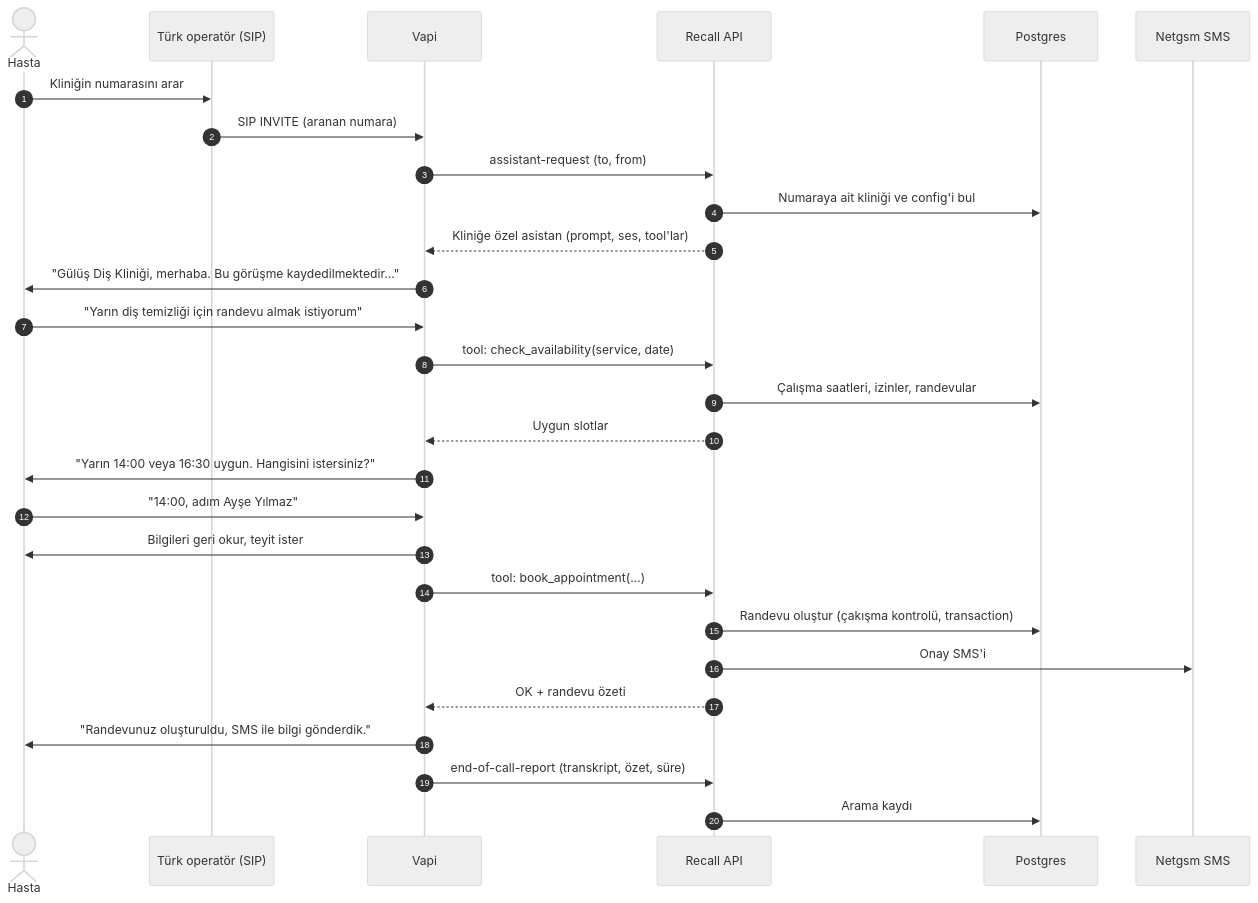
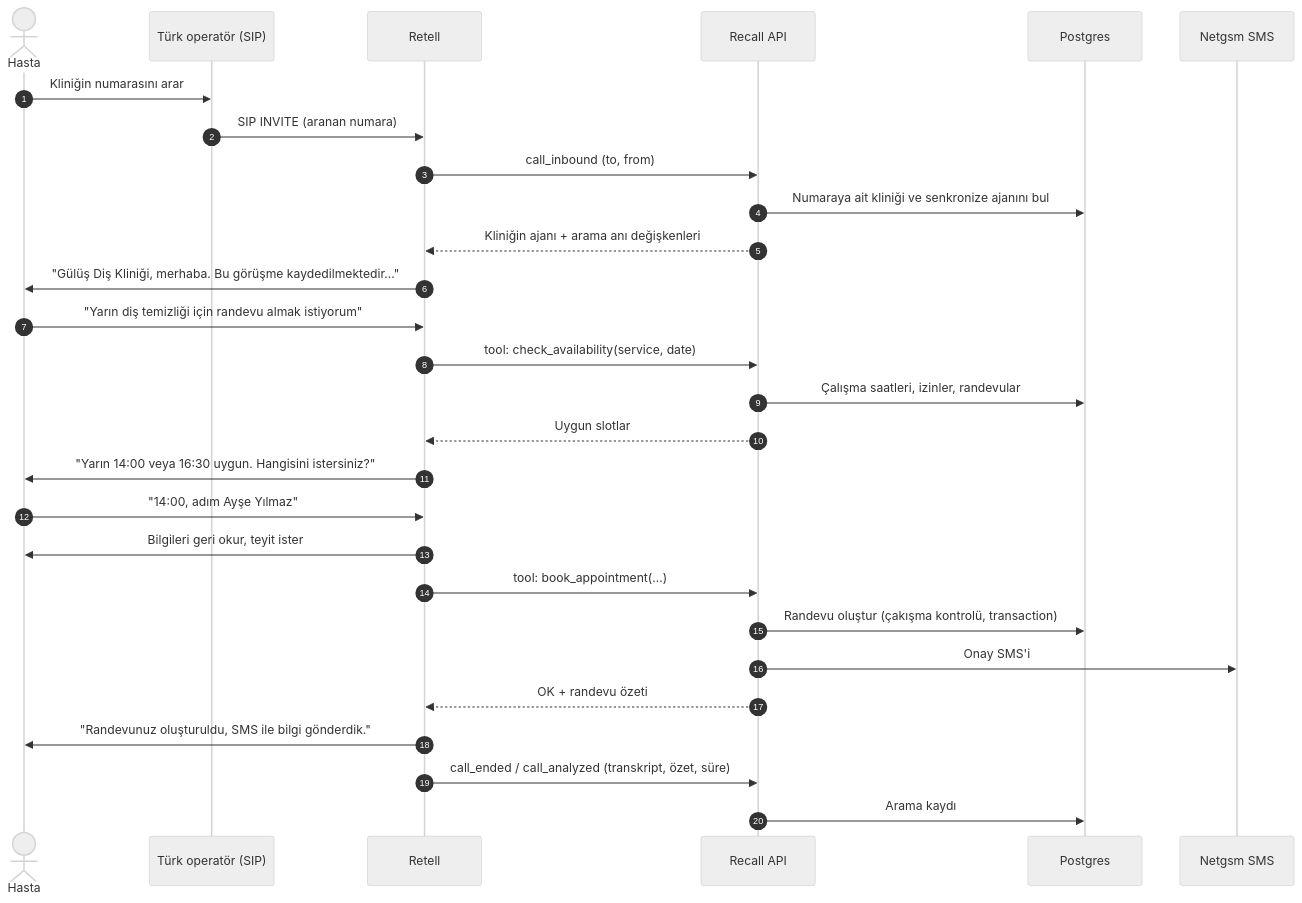
One commit to Recallapp1/recall changed the diagram in docs/00-product/USER-FLOWS.md. Above: the diagram before and after it, drawn with Mermaid (neutral theme). The commit also changed 30 other files, not shown here.

````diff
--- a/docs/00-product/USER-FLOWS.md
+++ b/docs/00-product/USER-FLOWS.md
@@ -5,31 +5,31 @@
 ```mermaid
 sequenceDiagram
     autonumber
     actor H as Hasta
     participant T as Türk operatör (SIP)
-    participant V as Vapi
+    participant V as Retell
     participant R as Recall API
     participant DB as Postgres
     participant S as Netgsm SMS
 
     H->>T: Kliniğin numarasını arar
     T->>V: SIP INVITE (aranan numara)
-    V->>R: assistant-request (to, from)
-    R->>DB: Numaraya ait kliniği ve config'i bul
-    R-->>V: Kliniğe özel asistan (prompt, ses, tool'lar)
+    V->>R: call_inbound (to, from)
+    R->>DB: Numaraya ait kliniği ve senkronize ajanını bul
+    R-->>V: Kliniğin ajanı + arama anı değişkenleri
     V->>H: "Gülüş Diş Kliniği, merhaba. Bu görüşme kaydedilmektedir…"
     H->>V: "Yarın diş temizliği için randevu almak istiyorum"
     V->>R: tool: check_availability(service, date)
     R->>DB: Çalışma saatleri, izinler, randevular
     R-->>V: Uygun slotlar
     V->>H: "Yarın 14:00 veya 16:30 uygun. Hangisini istersiniz?"
     H->>V: "14:00, adım Ayşe Yılmaz"
     V->>H: Bilgileri geri okur, teyit ister
     V->>R: tool: book_appointment(...)
     R->>DB: Randevu oluştur (çakışma kontrolü, transaction)
     R->>S: Onay SMS'i
     R-->>V: OK + randevu özeti
     V->>H: "Randevunuz oluşturuldu, SMS ile bilgi gönderdik."
-    V->>R: end-of-call-report (transkript, özet, süre)
+    V->>R: call_ended / call_analyzed (transkript, özet, süre)
     R->>DB: Arama kaydı
 ```
````
